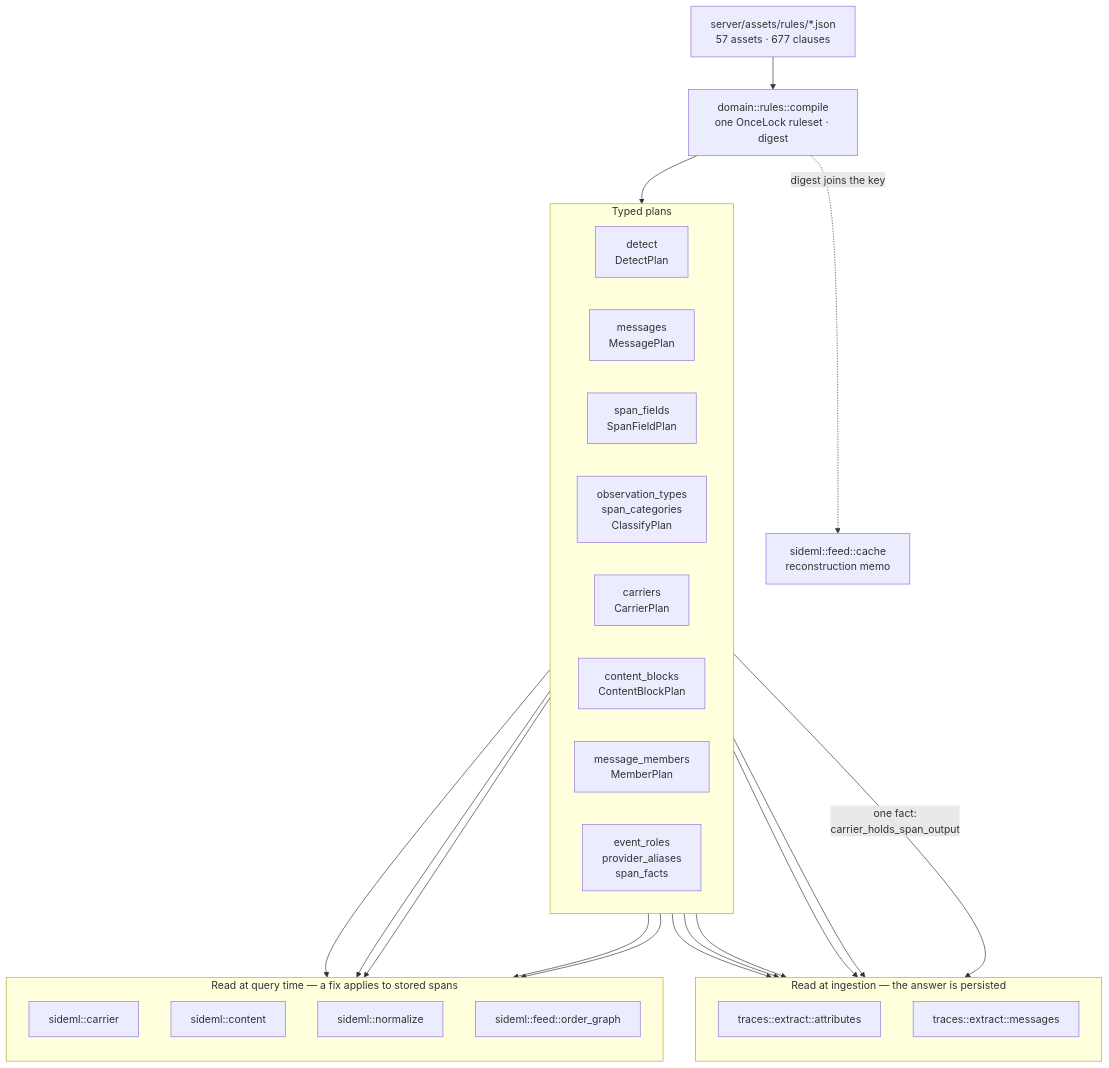
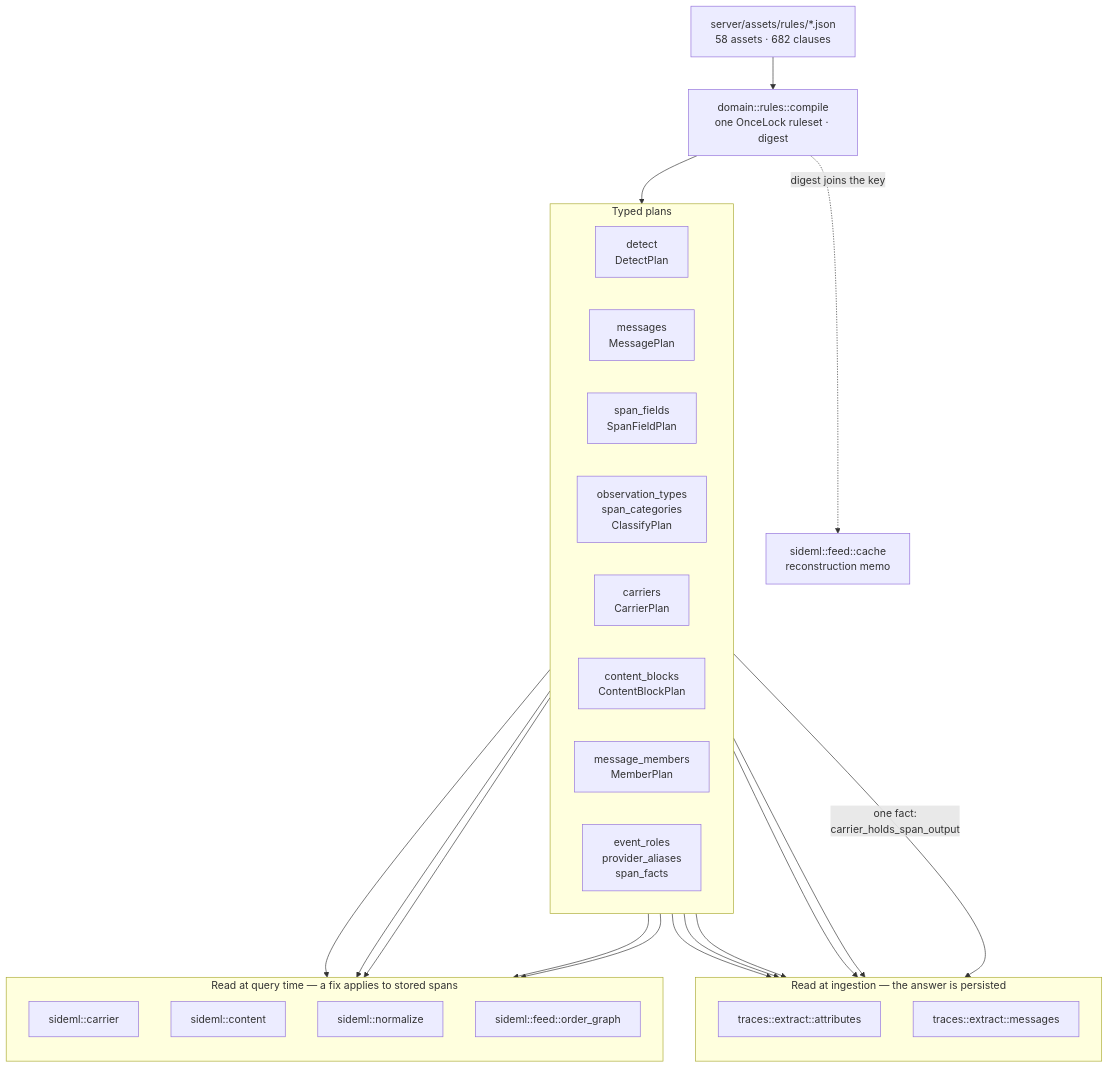
Before and after one commit to sideseat/sideseat: the first of 7 diagrams in docs/engineering/architecture-diagrams.md, drawn with Mermaid. The commit also changed 206 other files, not shown here.

````diff
--- a/docs/engineering/architecture-diagrams.md
+++ b/docs/engineering/architecture-diagrams.md
@@ -18,47 +18,47 @@
 ```mermaid
 flowchart TB
-    assets["server/assets/rules/*.json<br/>57 assets · 677 clauses"]
+    assets["server/assets/rules/*.json<br/>58 assets · 682 clauses"]
     compile["domain::rules::compile<br/>one OnceLock ruleset · digest"]
     assets --> compile
 
     subgraph plans["Typed plans"]
         direction LR
         detect["detect<br/>DetectPlan"]
         messages["messages<br/>MessagePlan"]
         fields["span_fields<br/>SpanFieldPlan"]
         classify["observation_types<br/>span_categories<br/>ClassifyPlan"]
         carriers["carriers<br/>CarrierPlan"]
         blocks["content_blocks<br/>ContentBlockPlan"]
         members["message_members<br/>MemberPlan"]
         roles["event_roles<br/>provider_aliases<br/>span_facts"]
     end
     compile --> plans
 
     subgraph ingest["Read at ingestion — the answer is persisted"]
         direction TB
         attrs["traces::extract::attributes"]
         msgs["traces::extract::messages"]
     end
 
     subgraph query["Read at query time — a fix applies to stored spans"]
         direction TB
         carrier["sideml::carrier"]
         content["sideml::content"]
         normalize["sideml::normalize"]
         order["sideml::feed::order_graph"]
     end
 
     detect --> attrs
     fields --> attrs
     classify --> attrs
     roles --> attrs
     messages --> msgs
     carriers -->|"one fact:<br/>carrier_holds_span_output"| msgs
     carriers --> carrier
     carriers --> order
     blocks --> content
     members --> content
     roles --> normalize
 
     compile -. "digest joins the key" .-> cache["sideml::feed::cache<br/>reconstruction memo"]
 ```
````
